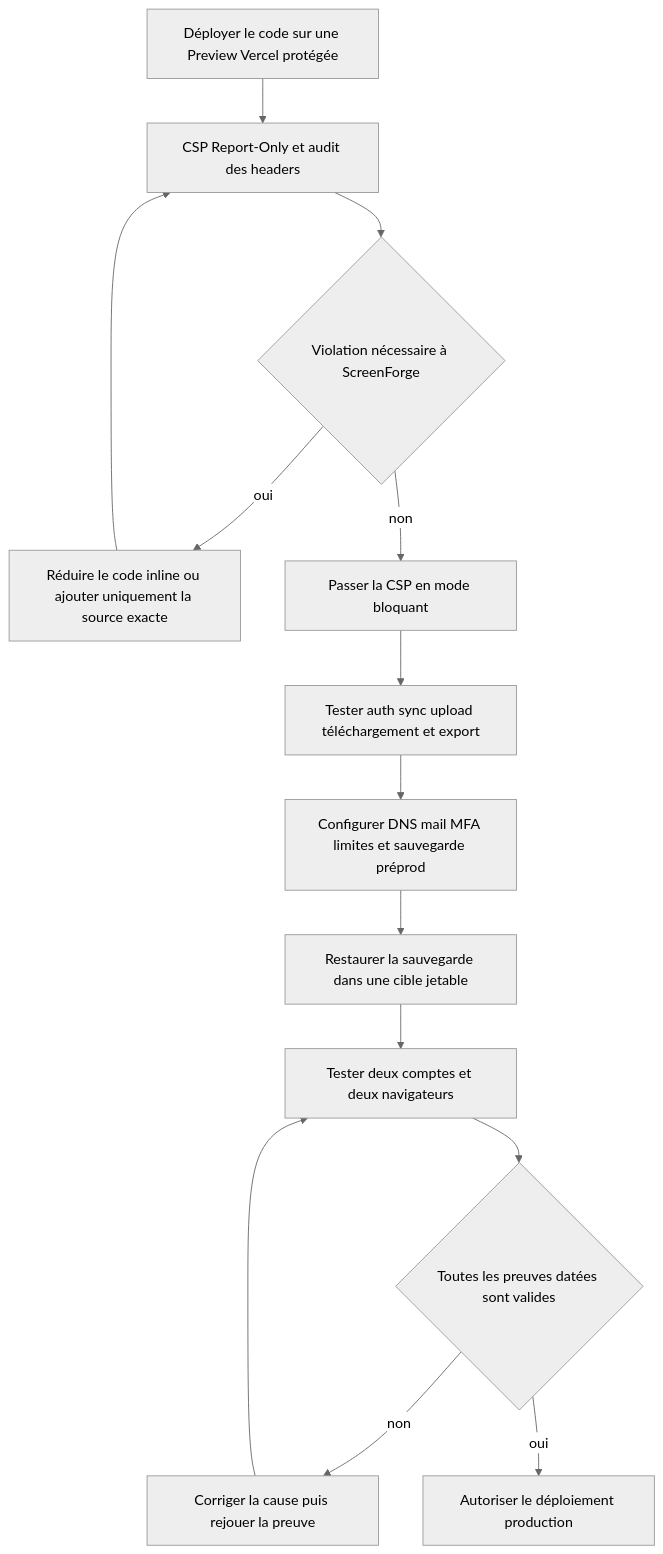
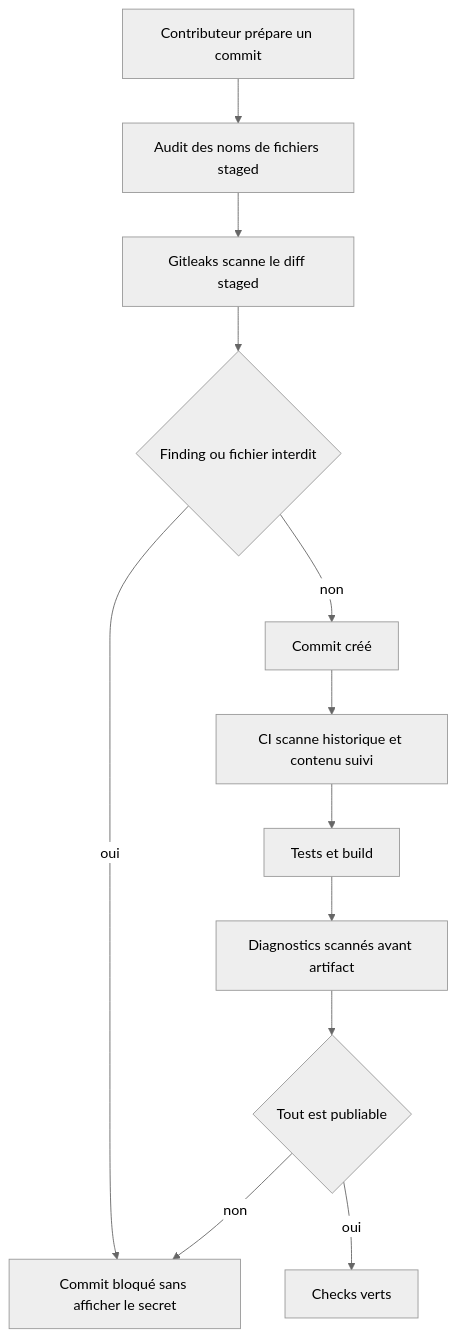
The first of 2 diagrams in aidd_docs/tasks/2026_08/2026_08_15_local-cloud-plans/phase-5.md (neogenz/screenforge), drawn with Mermaid (neutral theme) before and after one commit. The commit also changed other lines of this file and 60 other files, not shown here.

````diff
--- a/aidd_docs/tasks/2026_08/2026_08_15_local-cloud-plans/phase-5.md
+++ b/aidd_docs/tasks/2026_08/2026_08_15_local-cloud-plans/phase-5.md
@@ -46,16 +31,14 @@
 ```mermaid
 flowchart TD
-  A[Déployer le code sur une Preview Vercel protégée] --> B[CSP Report-Only et audit des headers]
-  B --> C{Violation nécessaire à ScreenForge}
-  C -->|oui| D[Réduire le code inline ou ajouter uniquement la source exacte]
-  D --> B
-  C -->|non| E[Passer la CSP en mode bloquant]
-  E --> F[Tester auth sync upload téléchargement et export]
-  F --> G[Configurer DNS mail MFA limites et sauvegarde préprod]
-  G --> H[Restaurer la sauvegarde dans une cible jetable]
-  H --> I[Tester deux comptes et deux navigateurs]
-  I --> J{Toutes les preuves datées sont valides}
-  J -->|non| K[Corriger la cause puis rejouer la preuve]
-  K --> I
-  J -->|oui| L[Autoriser le déploiement production]
+  A[Contributeur prépare un commit] --> B[Audit des noms de fichiers staged]
+  B --> C[Gitleaks scanne le diff staged]
+  C --> D{Finding ou fichier interdit}
+  D -->|oui| E[Commit bloqué sans afficher le secret]
+  D -->|non| F[Commit créé]
+  F --> G[CI scanne historique et contenu suivi]
+  G --> H[Tests et build]
+  H --> I[Diagnostics scannés avant artifact]
+  I --> J{Tout est publiable}
+  J -->|oui| K[Checks verts]
+  J -->|non| E
 ```
````
